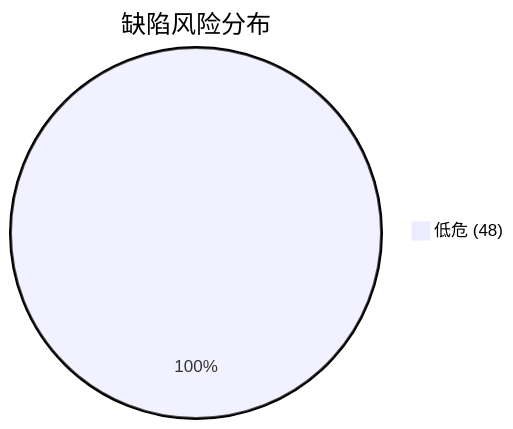
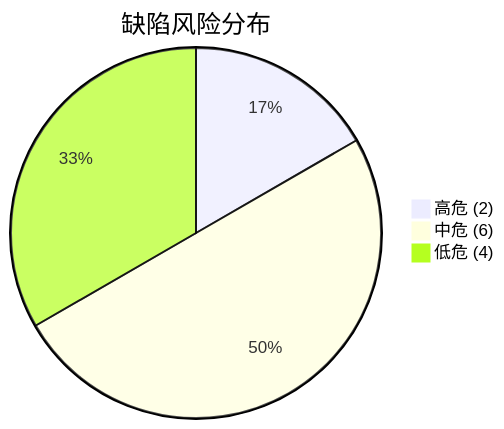
The second of 12 diagrams in legacy-code-analyzer/self-evaluation-report.md (Lelouch-7/Legacy-Code-Analyzer-and-Optimizer), drawn with Mermaid before and after one commit. The commit also changed other lines of this file and 10 other files, not shown here.

````diff
--- a/legacy-code-analyzer/self-evaluation-report.md
+++ b/legacy-code-analyzer/self-evaluation-report.md
@@ -92,4 +93,6 @@
 ```mermaid
 pie title 缺陷风险分布
-    "低危 (48)" : 48
+    "高危 (2)" : 2
+    "中危 (6)" : 6
+    "低危 (4)" : 4
 ```
````
